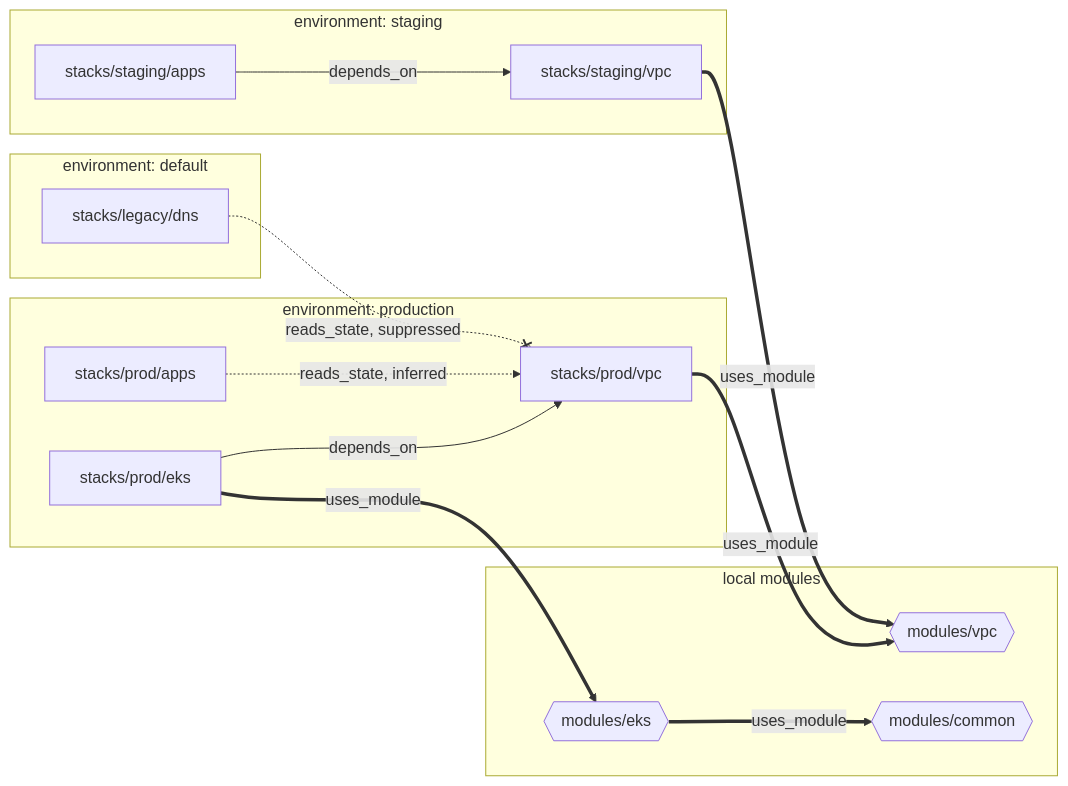
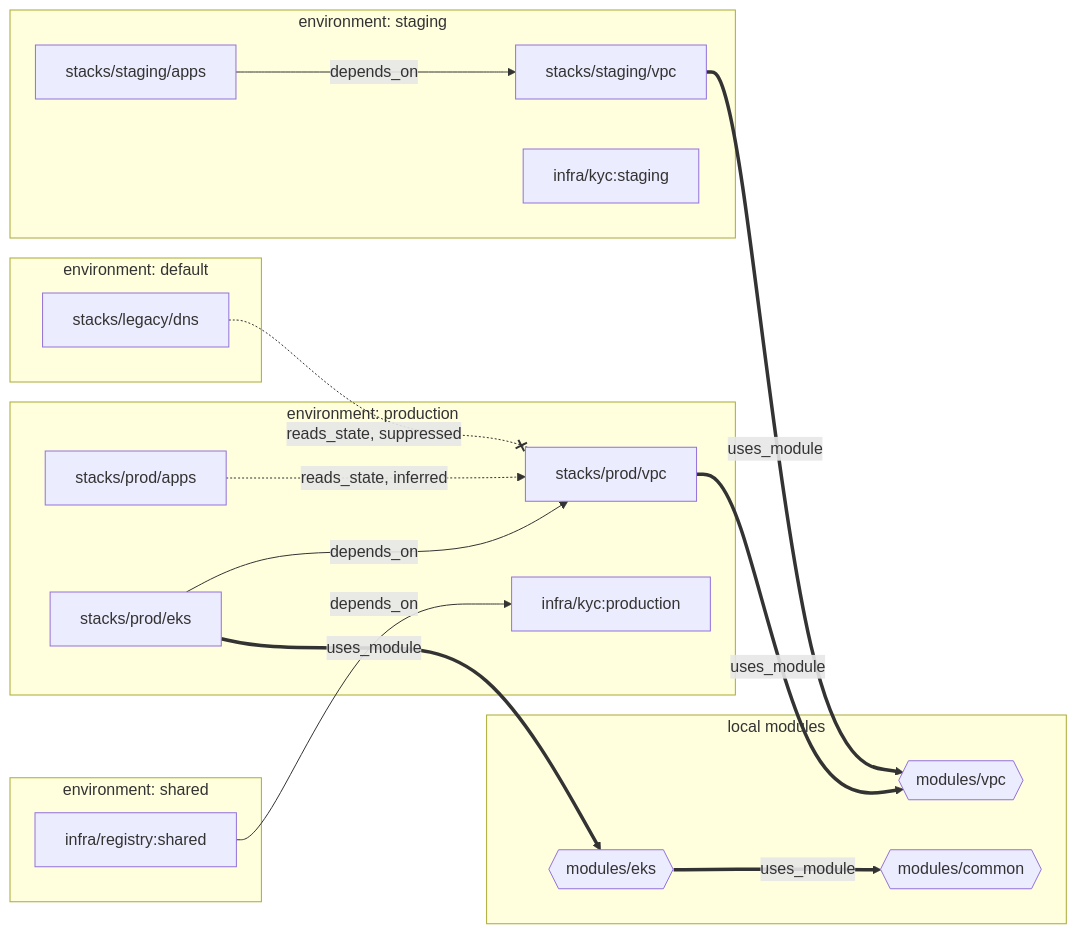
One commit to stackorder/stackorder changed the diagram in test/integration/testdata/example-infra/README.md. Above: the diagram before and after it, drawn with Mermaid. The commit also changed other lines of this file and 18 other files, not shown here.

````diff
--- a/test/integration/testdata/example-infra/README.md
+++ b/test/integration/testdata/example-infra/README.md
@@ -37,29 +56,35 @@
 ```mermaid
 flowchart LR
   subgraph production["environment: production"]
     prod_apps["stacks/prod/apps"]
     prod_eks["stacks/prod/eks"]
     prod_vpc["stacks/prod/vpc"]
+    kyc_production["infra/kyc:production"]
   end
   subgraph staging["environment: staging"]
     staging_apps["stacks/staging/apps"]
     staging_vpc["stacks/staging/vpc"]
+    kyc_staging["infra/kyc:staging"]
   end
   subgraph fallback["environment: default"]
     legacy_dns["stacks/legacy/dns"]
+  end
+  subgraph shared["environment: shared"]
+    registry_shared["infra/registry:shared"]
   end
   subgraph modules["local modules"]
     mod_vpc{{"modules/vpc"}}
     mod_eks{{"modules/eks"}}
     mod_common{{"modules/common"}}
   end
 
   prod_eks -->|depends_on| prod_vpc
   staging_apps -->|depends_on| staging_vpc
+  registry_shared -->|depends_on| kyc_production
   prod_apps -.->|reads_state, inferred| prod_vpc
   legacy_dns -.-x|reads_state, suppressed| prod_vpc
   prod_vpc ==>|uses_module| mod_vpc
   staging_vpc ==>|uses_module| mod_vpc
   prod_eks ==>|uses_module| mod_eks
   mod_eks ==>|uses_module| mod_common
 ```
````
